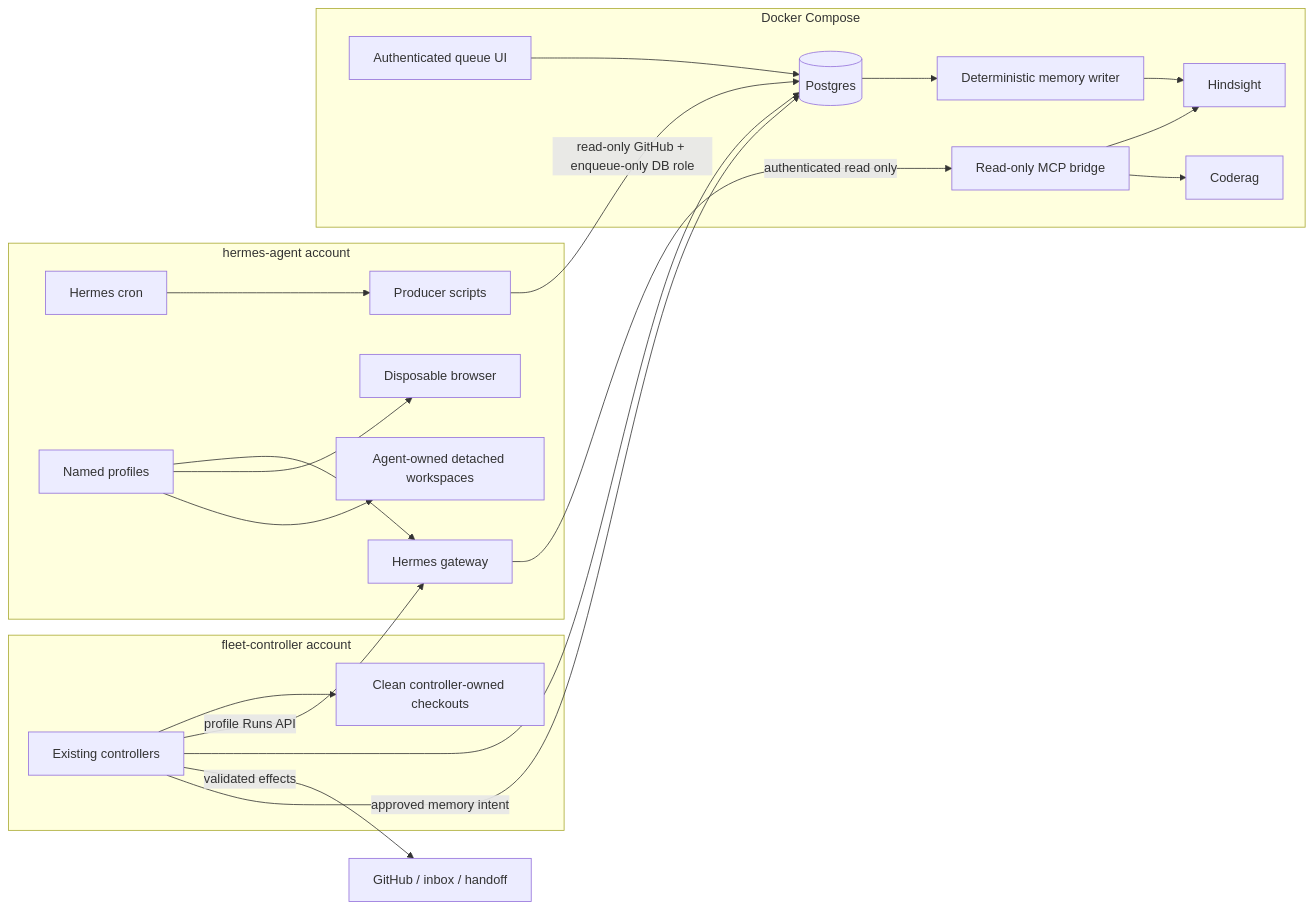
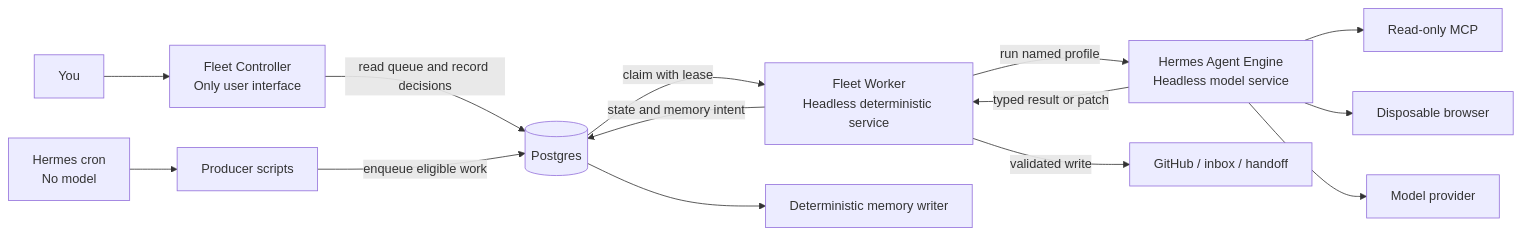
One commit to Zhachory1/ai-pr-automation changed the diagram in docs/hermes/DD-host-native-agent-engine.md. Above: the diagram before and after it, drawn with Mermaid. The commit also changed other lines of this file, not shown here.

Commit message:
docs(hermes): clarify fleet use cases and interfaces

````diff
--- a/docs/hermes/DD-host-native-agent-engine.md
+++ b/docs/hermes/DD-host-native-agent-engine.md
@@ -91,41 +128,20 @@
 ```mermaid
 flowchart LR
-    subgraph Agent[hermes-agent account]
-      HC[Hermes cron]
-      HP[Named profiles]
-      HG[Hermes gateway]
-      HB[Disposable browser]
-      AW[Agent-owned detached workspaces]
-      HC --> PS[Producer scripts]
-      HP --> HG
-      HP --> HB
-      HP --> AW
-    end
+    YOU[You] --> FC[Fleet Controller<br/>Only user interface]
+    FC -->|read queue and record decisions| DB[(Postgres)]
 
-    subgraph Control[fleet-controller account]
-      C[Existing controllers]
-      W[Clean controller-owned checkouts]
-      C --> W
-      C -->|profile Runs API| HG
-    end
+    CRON[Hermes cron<br/>No model] --> PROD[Producer scripts]
+    PROD -->|enqueue eligible work| DB
 
-    subgraph Support[Docker Compose]
-      DB[(Postgres)]
-      UI[Authenticated queue UI]
-      RO[Read-only MCP bridge]
-      MEM[Hindsight]
-      CR[Coderag]
-      MW[Deterministic memory writer]
-      RO --> MEM
-      MW --> MEM
-      RO --> CR
-      UI --> DB
-    end
+    DB -->|claim with lease| FW[Fleet Worker<br/>Headless deterministic service]
+    FW -->|run named profile| H[Hermes Agent Engine<br/>Headless model service]
+    H -->|typed result or patch| FW
 
-    PS -->|read-only GitHub + enqueue-only DB role| DB
-    HG -->|authenticated read only| RO
-    C --> DB
-    C -->|validated effects| G[GitHub / inbox / handoff]
-    C -->|approved memory intent| DB
-    DB --> MW
+    H --> MCP[Read-only MCP]
+    H --> WEB[Disposable browser]
+    H --> MODEL[Model provider]
+
+    FW -->|validated write| OUT[GitHub / inbox / handoff]
+    FW -->|state and memory intent| DB
+    DB --> MEM[Deterministic memory writer]
 ```
````
